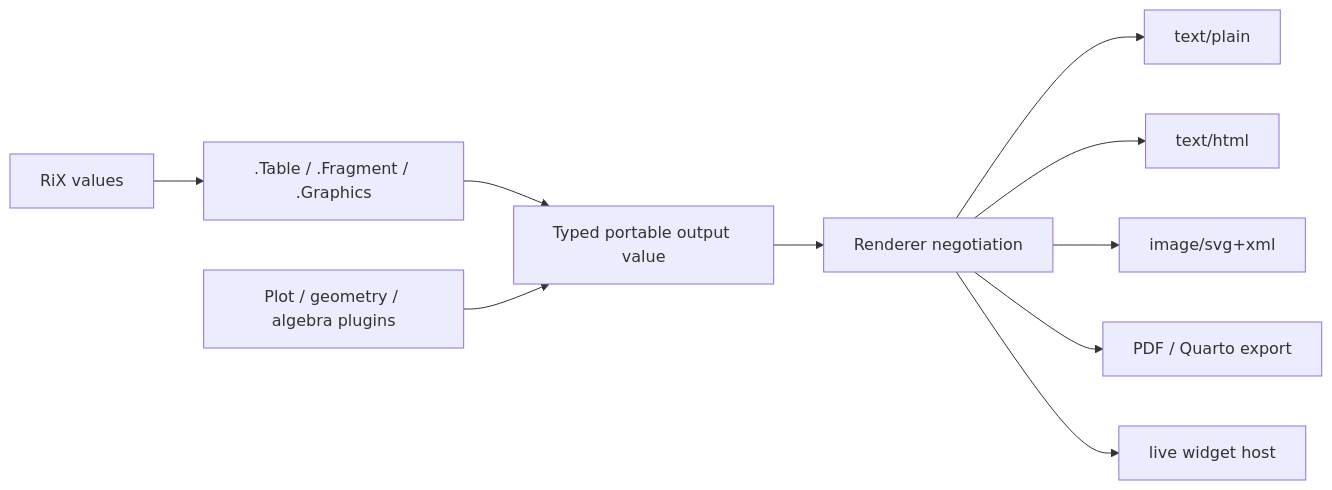
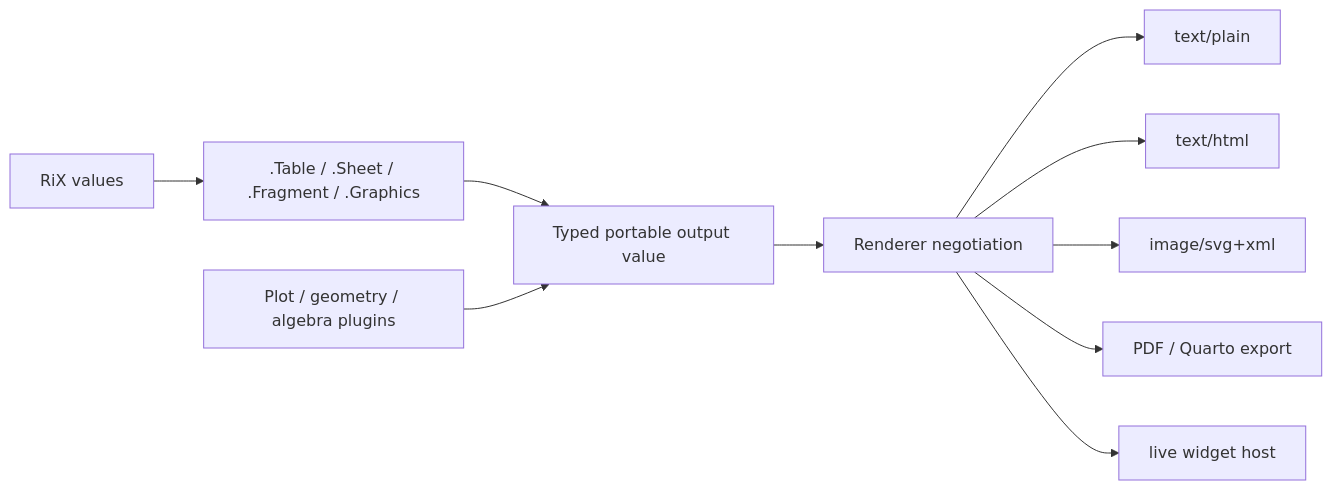
Before and after one commit to jostylr/rix: the first of 2 diagrams in documentation/design/eval/output-model.md, drawn with Mermaid. The commit also changed other lines of this file and 50 other files, not shown here.

````diff
--- a/documentation/design/eval/output-model.md
+++ b/documentation/design/eval/output-model.md
@@ -38,12 +40,12 @@
 ```mermaid
 flowchart LR
-  R["RiX values"] --> C[".Table / .Fragment / .Graphics"]
+  R["RiX values"] --> C[".Table / .Sheet / .Fragment / .Graphics"]
   C --> O["Typed portable output value"]
   P["Plot / geometry / algebra plugins"] --> O
   O --> N["Renderer negotiation"]
   N --> T["text/plain"]
   N --> H["text/html"]
   N --> S["image/svg+xml"]
   N --> D["PDF / Quarto export"]
   N --> W["live widget host"]
 ```
````
